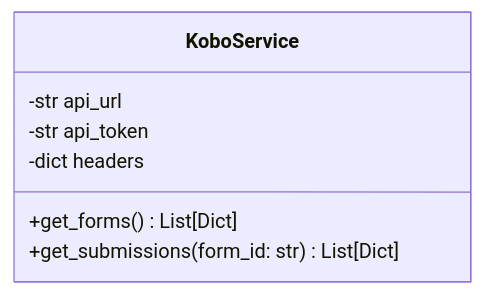
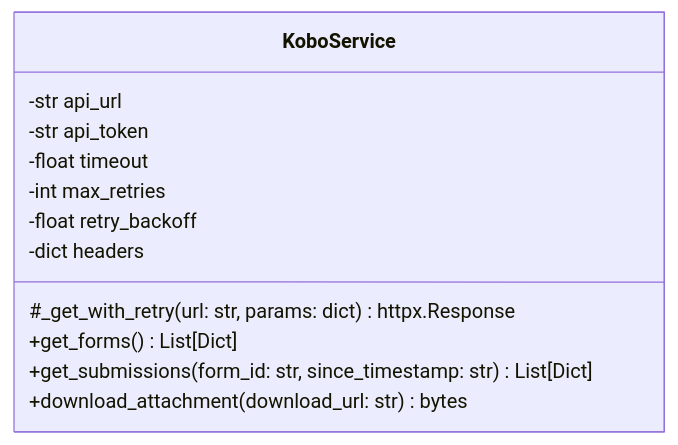
Before and after one commit to akvo/nbd-phase-1: the diagram in docs/lld/kobotoolbox_integration_lld.md, drawn with Mermaid. The commit also changed other lines of this file and 13 other files, not shown here.

First line of the commit message:
[#172] fix(kobo): add HTTP retry backoff, alert cooldown, recipient filter, and dynamic FRONTEND_URL (#173)

````diff
--- a/docs/lld/kobotoolbox_integration_lld.md
+++ b/docs/lld/kobotoolbox_integration_lld.md
@@ -28,10 +31,15 @@
 ```mermaid
 classDiagram
     class KoboService {
         -str api_url
         -str api_token
+        -float timeout
+        -int max_retries
+        -float retry_backoff
         -dict headers
+        #_get_with_retry(url: str, params: dict) httpx.Response
         +get_forms() List[Dict]
-        +get_submissions(form_id: str) List[Dict]
+        +get_submissions(form_id: str, since_timestamp: str) List[Dict]
+        +download_attachment(download_url: str) bytes
     }
 ```
````
